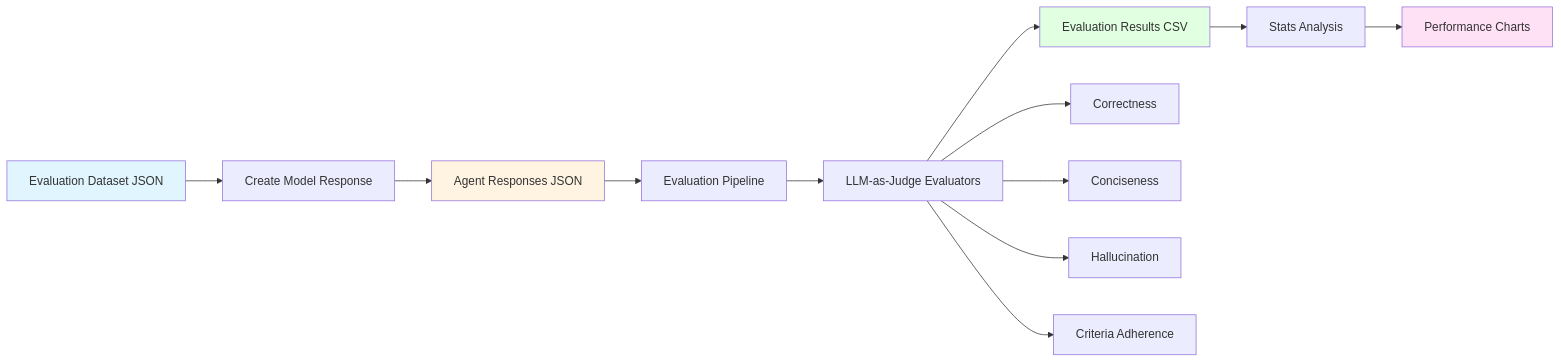
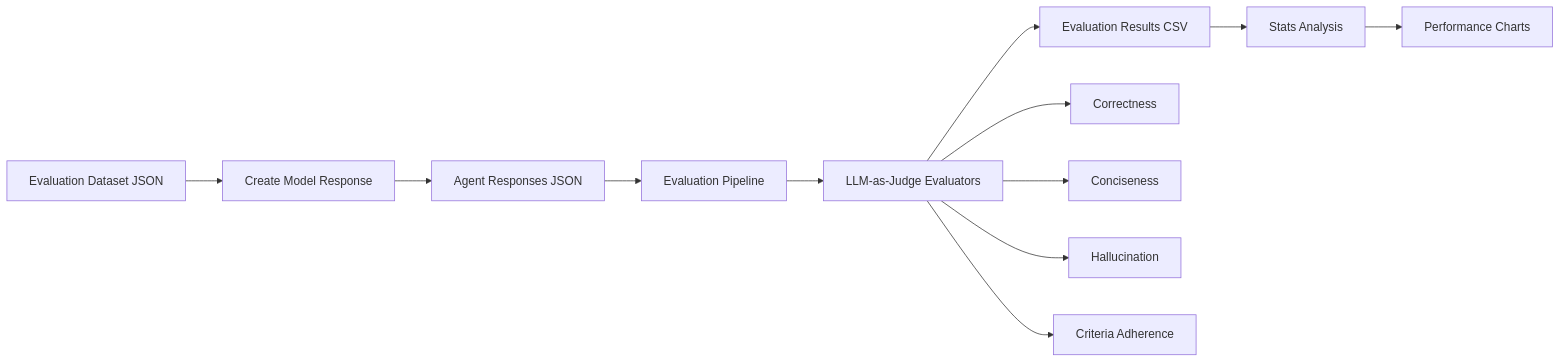
Before and after one commit to parth0774/Sales_AI_Agent: the second of 2 diagrams in README.md, drawn with Mermaid. The commit also changed other lines of this file, not shown here.

````diff
--- a/README.md
+++ b/README.md
@@ -133,20 +133,15 @@
 ```mermaid
 graph LR
     A[Evaluation Dataset JSON] --> B[Create Model Response]
     B --> C[Agent Responses JSON]
     C --> D[Evaluation Pipeline]
     D --> E[LLM-as-Judge Evaluators]
     E --> F[Evaluation Results CSV]
     F --> G[Stats Analysis]
     G --> H[Performance Charts]
     
     E --> I[Correctness]
     E --> J[Conciseness]
     E --> K[Hallucination]
     E --> L[Criteria Adherence]
-    
-    style A fill:#e1f5ff
-    style C fill:#fff4e1
-    style F fill:#e1ffe1
-    style H fill:#ffe1f5
 ```
````
